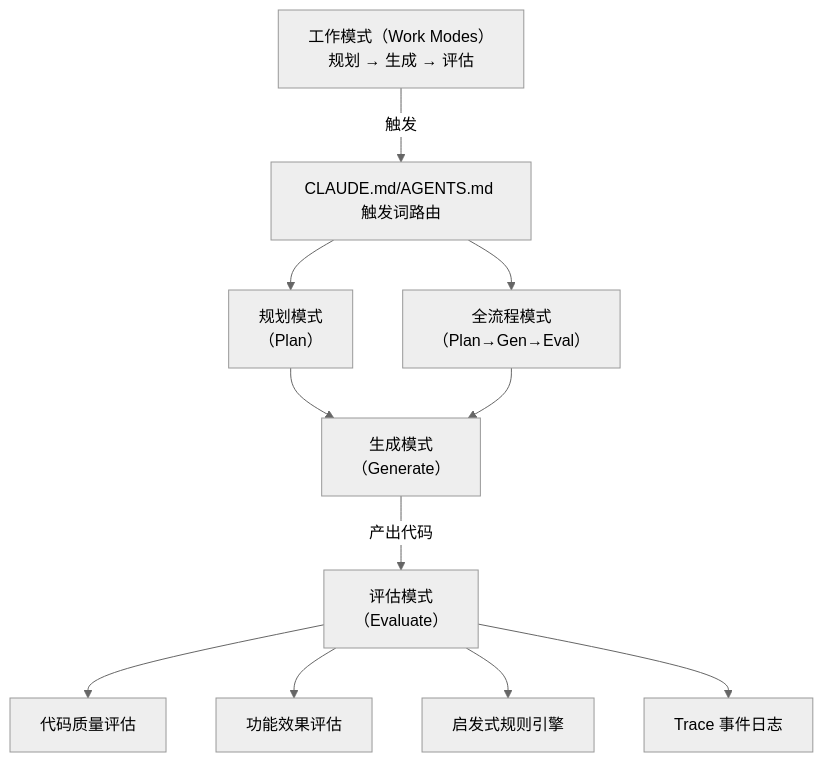
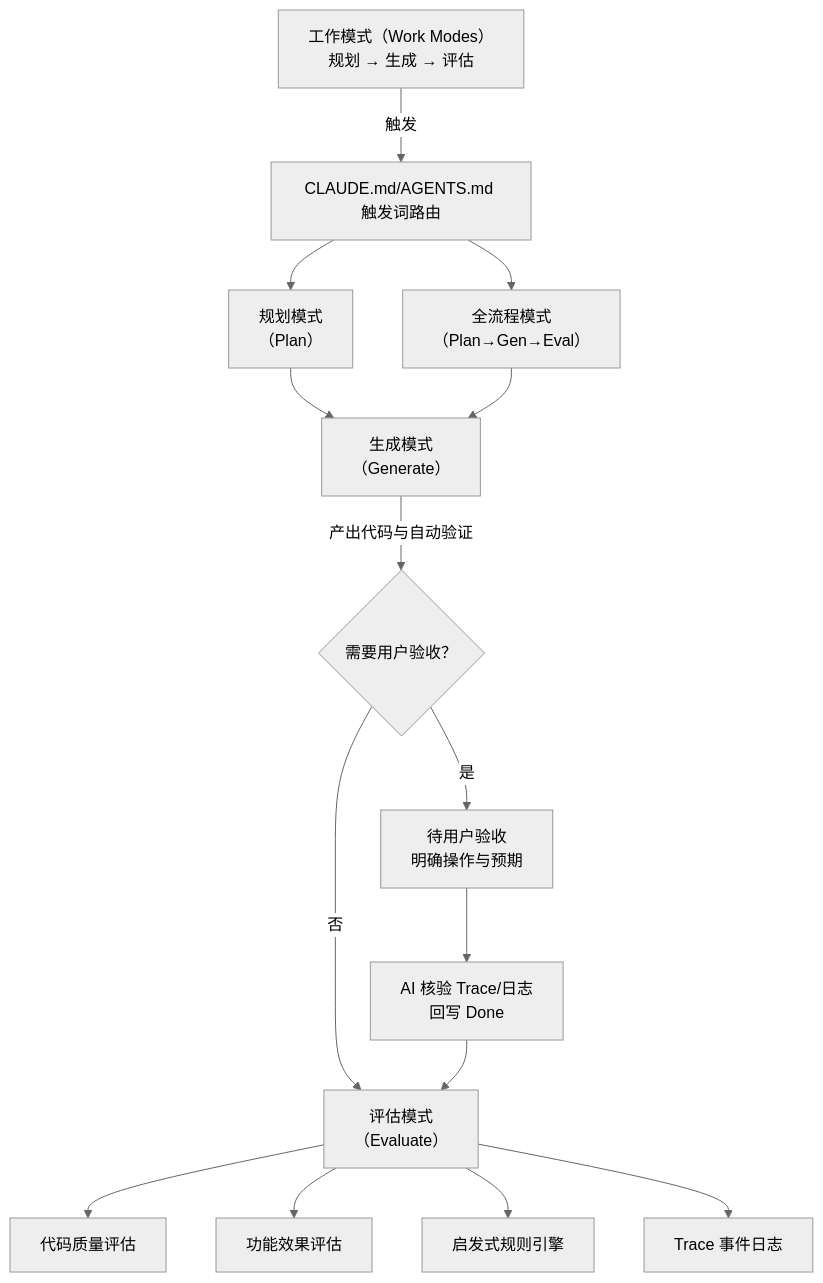
One commit to pancake-lee/photo-agent changed the diagram in docs/harness.md. Above: the diagram before and after it, drawn with Mermaid (neutral theme). The commit also changed other lines of this file and 6 other files, not shown here.

````diff
--- a/docs/harness.md
+++ b/docs/harness.md
@@ -10,14 +10,18 @@
 ```mermaid
 flowchart TD
     A["工作模式（Work Modes）<br>规划 → 生成 → 评估"]
     A -->|触发| B["CLAUDE.md/AGENTS.md 触发词路由"]
     B --> C["规划模式<br>（Plan）"]
     B --> D["全流程模式<br>（Plan→Gen→Eval）"]
     C --> E["生成模式<br>（Generate）"]
     D --> E
-    E -->|产出代码| F["评估模式<br>（Evaluate）"]
+    E -->|产出代码与自动验证| K{"需要用户验收？"}
+    K -->|否| F["评估模式<br>（Evaluate）"]
+    K -->|是| L["待用户验收<br>明确操作与预期"]
+    L --> M["AI 核验 Trace/日志<br>回写 Done"]
+    M --> F
     F --> G["代码质量评估"]
     F --> H["功能效果评估"]
     F --> I["启发式规则引擎"]
     F --> J["Trace 事件日志"]
 ```
````
